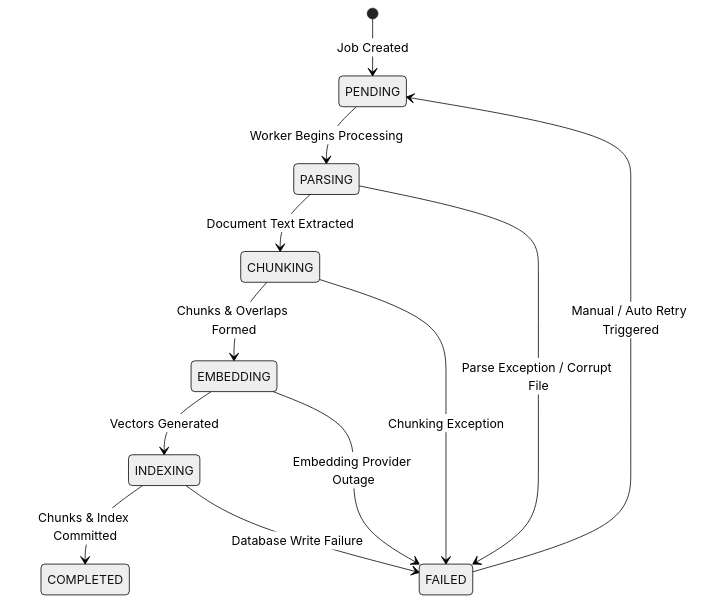
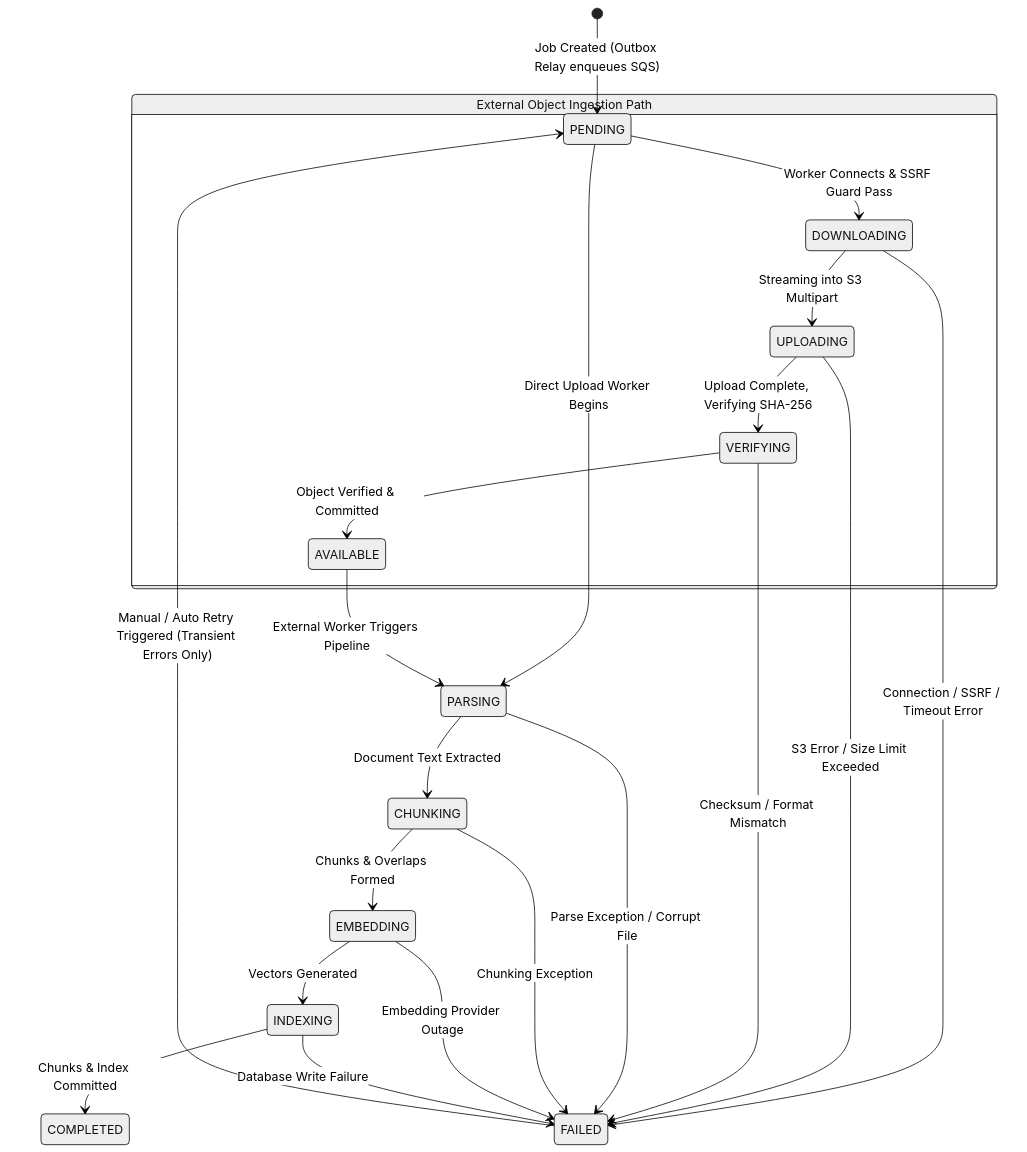
The diagram in docs/domain/ingestion-jobs.md (sandesh-engineering/context-engine), drawn with Mermaid (neutral theme) before and after one commit. The commit also changed other lines of this file and 15 other files, not shown here.

````diff
--- a/docs/domain/ingestion-jobs.md
+++ b/docs/domain/ingestion-jobs.md
@@ -13,16 +15,29 @@
 ```mermaid
 stateDiagram-v2
-    [*] --> PENDING: Job Created
-    PENDING --> PARSING: Worker Begins Processing
+    [*] --> PENDING: Job Created (Outbox Relay enqueues SQS)
+    
+    state "External Object Ingestion Path" as External {
+        PENDING --> DOWNLOADING: Worker Connects & SSRF Guard Pass
+        DOWNLOADING --> UPLOADING: Streaming into S3 Multipart
+        UPLOADING --> VERIFYING: Upload Complete, Verifying SHA-256
+        VERIFYING --> AVAILABLE: Object Verified & Committed
+    }
+    
+    PENDING --> PARSING: Direct Upload Worker Begins
+    AVAILABLE --> PARSING: External Worker Triggers Pipeline
+    
     PARSING --> CHUNKING: Document Text Extracted
     CHUNKING --> EMBEDDING: Chunks & Overlaps Formed
     EMBEDDING --> INDEXING: Vectors Generated
     INDEXING --> COMPLETED: Chunks & Index Committed
     
+    DOWNLOADING --> FAILED: Connection / SSRF / Timeout Error
+    UPLOADING --> FAILED: S3 Error / Size Limit Exceeded
+    VERIFYING --> FAILED: Checksum / Format Mismatch
     PARSING --> FAILED: Parse Exception / Corrupt File
     CHUNKING --> FAILED: Chunking Exception
     EMBEDDING --> FAILED: Embedding Provider Outage
     INDEXING --> FAILED: Database Write Failure
     
-    FAILED --> PENDING: Manual / Auto Retry Triggered
+    FAILED --> PENDING: Manual / Auto Retry Triggered (Transient Errors Only)
 ```
````
